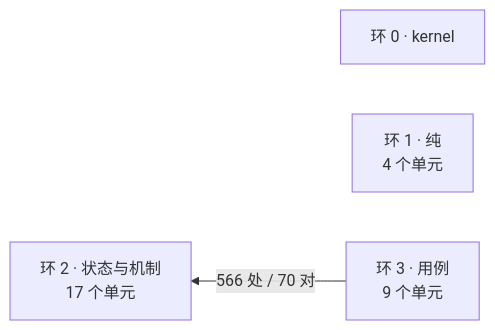
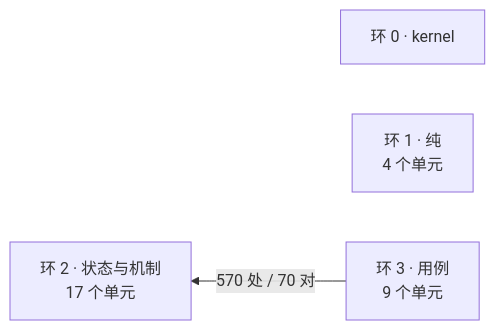
The diagram in docs/architecture/dependency-map.md (theRMM714/Solomni), drawn with Mermaid before and after one commit. The commit also changed other lines of this file and 20 other files, not shown here.

````diff
--- a/docs/architecture/dependency-map.md
+++ b/docs/architecture/dependency-map.md
@@ -14,8 +14,8 @@
 ```mermaid
 flowchart RL
   R0["环 0 · kernel"]
   R1["环 1 · 纯<br/>4 个单元"]
   R2["环 2 · 状态与机制<br/>17 个单元"]
   R3["环 3 · 用例<br/>9 个单元"]
-  R3 -->|"566 处 / 70 对"| R2
+  R3 -->|"570 处 / 70 对"| R2
 ```
````
